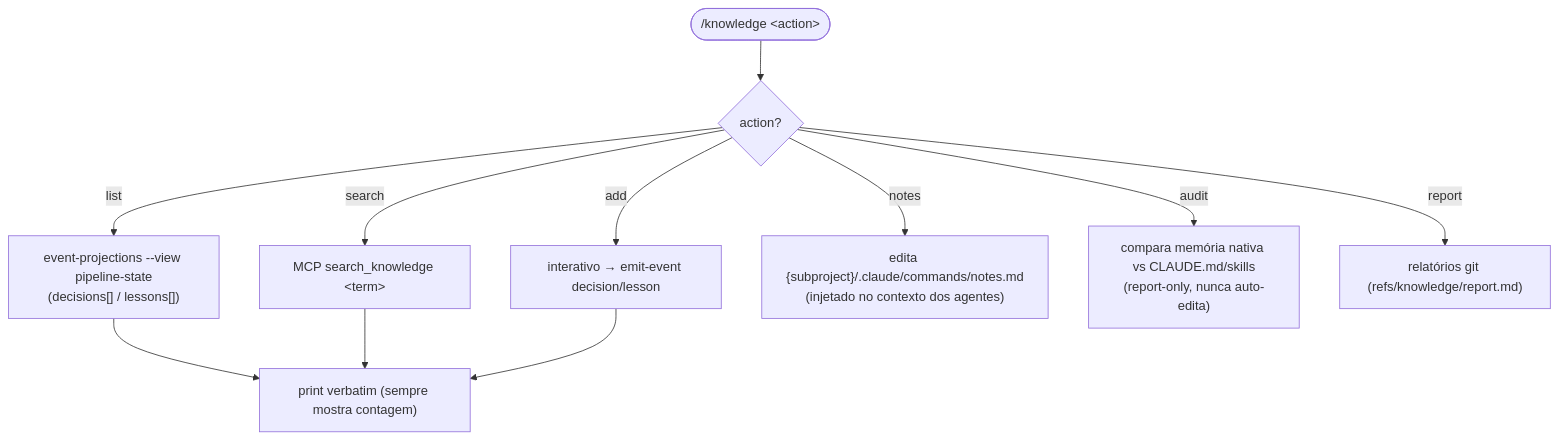
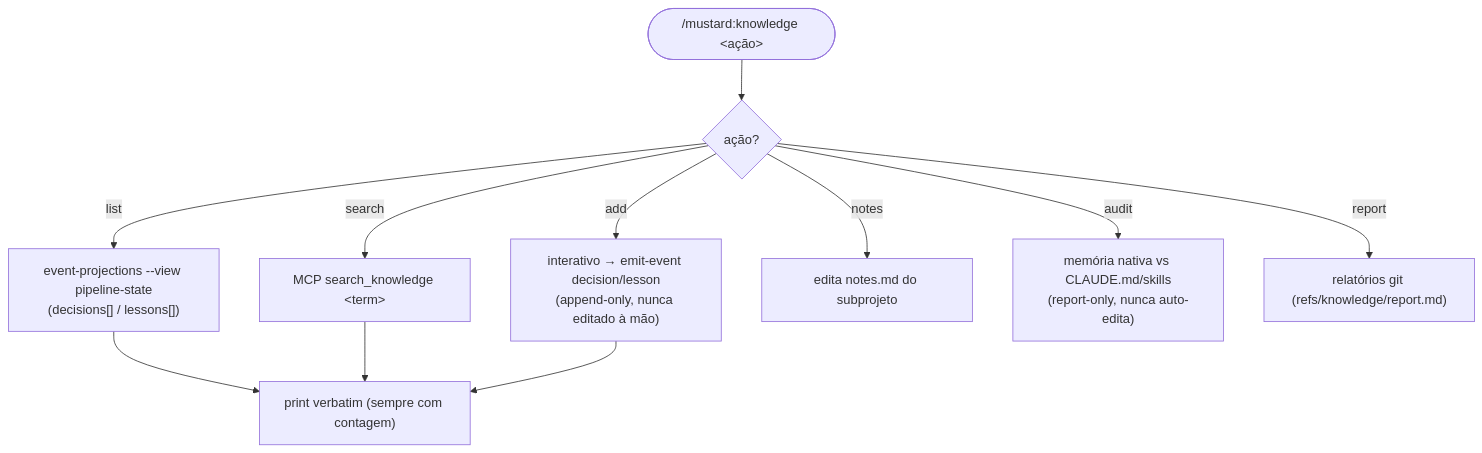
Diagram 17 of 20 in MUSTARD-COMMANDS.md (rubensrpj/mustard), drawn with Mermaid before and after one commit. The commit also changed other lines of this file and 35 other files, not shown here.

````diff
--- a/MUSTARD-COMMANDS.md
+++ b/MUSTARD-COMMANDS.md
@@ -519,13 +585,13 @@
 ```mermaid
 flowchart TD
-    start(["/knowledge &lt;action&gt;"]) --> action{"action?"}
+    start(["/mustard:knowledge &lt;ação&gt;"]) --> action{"ação?"}
     action -->|list| list["event-projections --view pipeline-state<br/>(decisions[] / lessons[])"]
     action -->|search| search["MCP search_knowledge &lt;term&gt;"]
-    action -->|add| add["interativo → emit-event decision/lesson"]
-    action -->|notes| notes["edita {subproject}/.claude/commands/notes.md<br/>(injetado no contexto dos agentes)"]
-    action -->|audit| audit["compara memória nativa vs CLAUDE.md/skills<br/>(report-only, nunca auto-edita)"]
+    action -->|add| add["interativo → emit-event decision/lesson<br/>(append-only, nunca editado à mão)"]
+    action -->|notes| notes["edita notes.md do subprojeto"]
+    action -->|audit| audit["memória nativa vs CLAUDE.md/skills<br/>(report-only, nunca auto-edita)"]
     action -->|report| rep["relatórios git (refs/knowledge/report.md)"]
-    list --> print["print verbatim (sempre mostra contagem)"]
+    list --> print["print verbatim (sempre com contagem)"]
     search --> print
     add --> print
 ```
````
